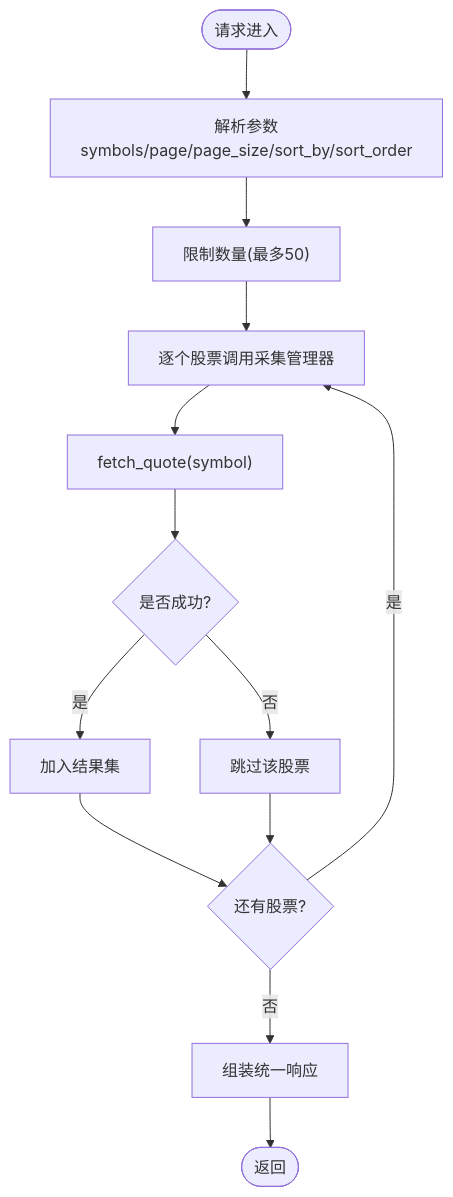
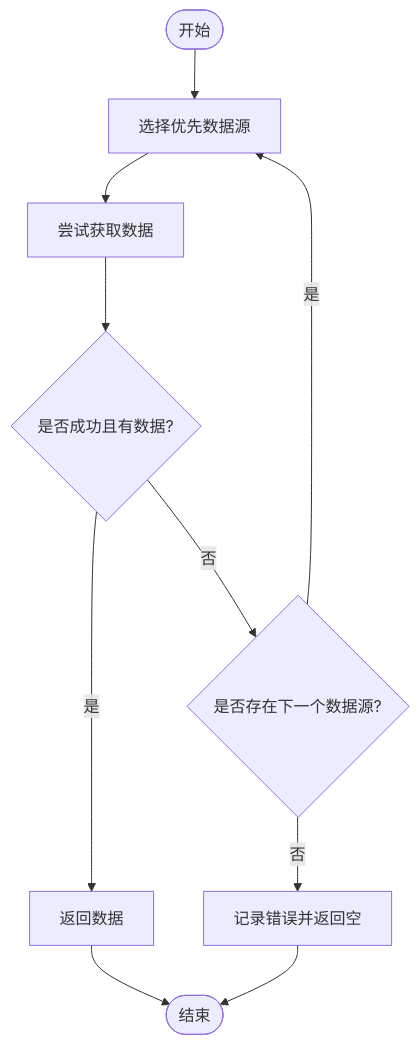
The third of 6 diagrams in .qoder/repowiki/zh/content/项目概述.md (We3le7/stock-view), drawn with Mermaid before and after one commit. The commit also changed other lines of this file and 142 other files, not shown here.

````diff
--- a/.qoder/repowiki/zh/content/项目概述.md
+++ b/.qoder/repowiki/zh/content/项目概述.md
@@ -146,15 +219,12 @@
 ```mermaid
 flowchart TD
-Start(["请求进入"]) --> Parse["解析参数<br/>symbols/page/page_size/sort_by/sort_order"]
-Parse --> Limit["限制数量(最多50)"]
-Limit --> Loop["逐个股票调用采集管理器"]
-Loop --> Fetch["fetch_quote(symbol)"]
-Fetch --> Ok{"是否成功?"}
-Ok --> |是| Append["加入结果集"]
-Ok --> |否| Skip["跳过该股票"]
-Append --> Next{"还有股票?"}
-Skip --> Next
-Next --> |是| Loop
-Next --> |否| Build["组装统一响应"]
-Build --> End(["返回"])
+Start(["开始"]) --> Pick["选择优先数据源"]
+Pick --> TryFetch["尝试获取数据"]
+TryFetch --> HasData{"是否成功且有数据?"}
+HasData --> |是| ReturnData["返回数据"]
+HasData --> |否| NextSource{"是否存在下一个数据源?"}
+NextSource --> |是| Pick
+NextSource --> |否| Fail["记录错误并返回空"]
+ReturnData --> End(["结束"])
+Fail --> End
 ```
````
